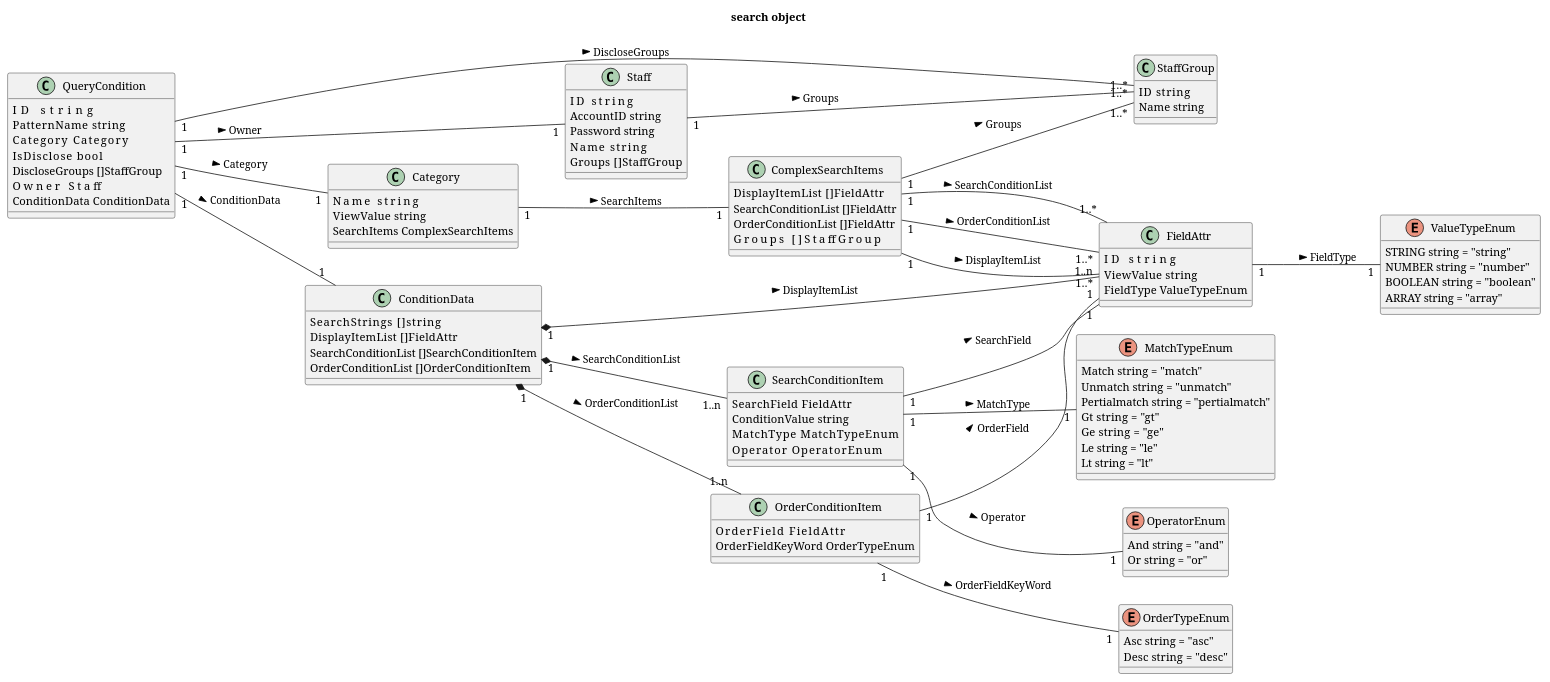
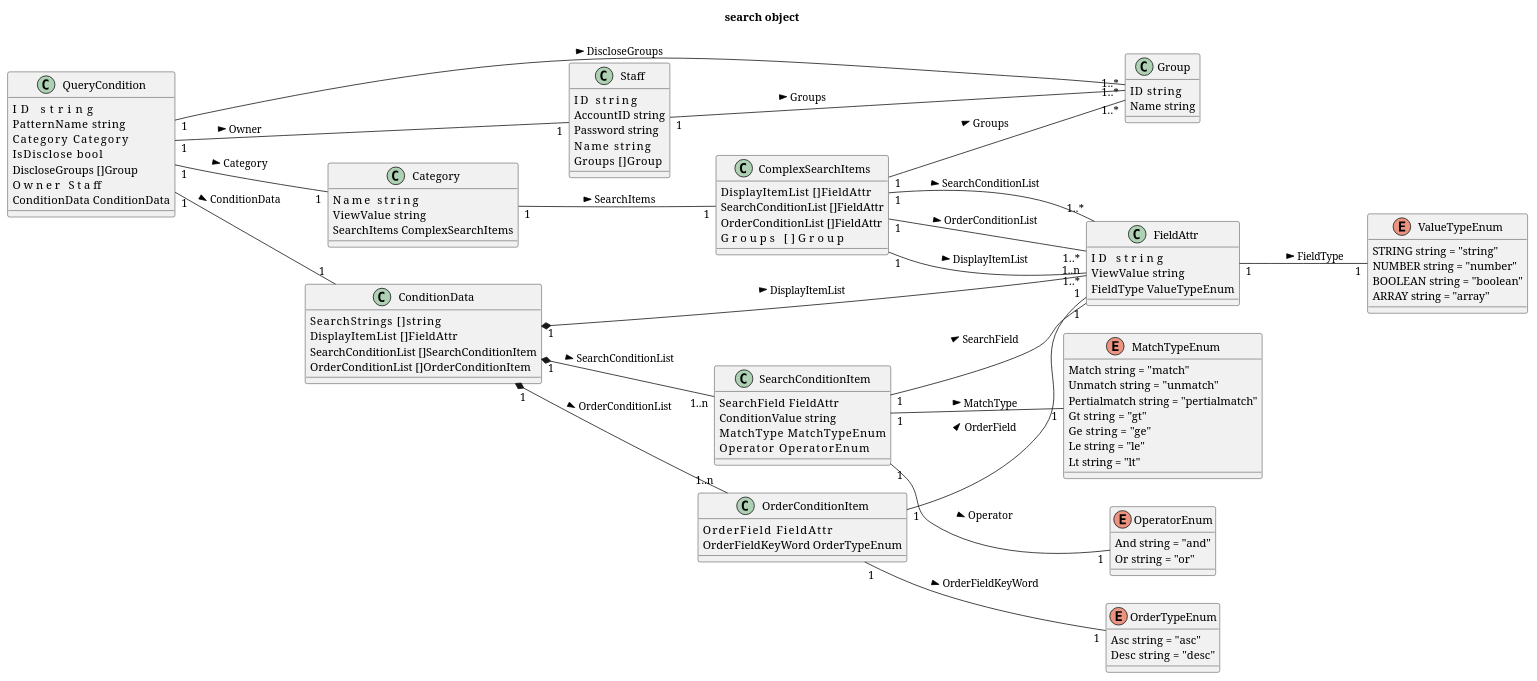
One commit to wazatoki/Regulus changed the first of 3 diagrams in documents/search.md. Above: the diagram before and after it, drawn with PlantUML. The commit also changed 14 other files, not shown here.

```diff
--- a/documents/search.md
+++ b/documents/search.md
@@ -29,7 +29,7 @@
 
 FieldAttr "1" -- "1" ValueTypeEnum : FieldType >
 
-class StaffGroup {
+class Group {
 	ID   string
 	Name string
 }
@@ -38,13 +38,13 @@
 	DisplayItemList      []FieldAttr
 	SearchConditionList  []FieldAttr
 	OrderConditionList   []FieldAttr
-	Groups               []StaffGroup
+	Groups               []Group
 }
 
 ComplexSearchItems "1" -- "1..*" FieldAttr : DisplayItemList >
 ComplexSearchItems "1" -- "1..*" FieldAttr : SearchConditionList >
 ComplexSearchItems "1" -- "1..*" FieldAttr : OrderConditionList >
-ComplexSearchItems "1" -- "1..*" StaffGroup : Groups >
+ComplexSearchItems "1" -- "1..*" Group : Groups >
 
 class Category {
 	Name        string
@@ -109,17 +109,17 @@
 	AccountID  string
 	Password string
 	Name     string
-	Groups   []StaffGroup
+	Groups   []Group
 }
 
-Staff "1" -- "1..*" StaffGroup : Groups >
+Staff "1" -- "1..*" Group : Groups >
 
 class QueryCondition {
     ID             string
 	PatternName    string
 	Category       Category
 	IsDisclose     bool
-	DiscloseGroups []StaffGroup
+	DiscloseGroups []Group
 	Owner          Staff
 	ConditionData  ConditionData
 }
@@ -127,7 +127,7 @@
 QueryCondition "1" -- "1" Category : Category >
 QueryCondition "1" -- "1" ConditionData : ConditionData >
 QueryCondition "1" -- "1" Staff : Owner >
-QueryCondition "1" -- "1..*" StaffGroup : DiscloseGroups >
+QueryCondition "1" -- "1..*" Group : DiscloseGroups >
 
 @enduml
 
```
